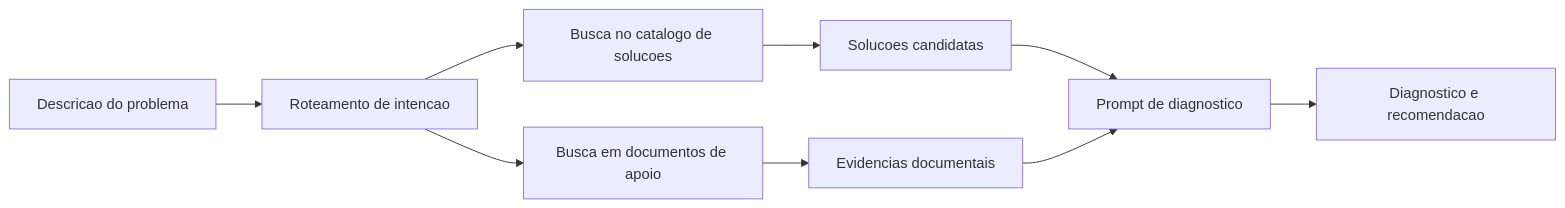
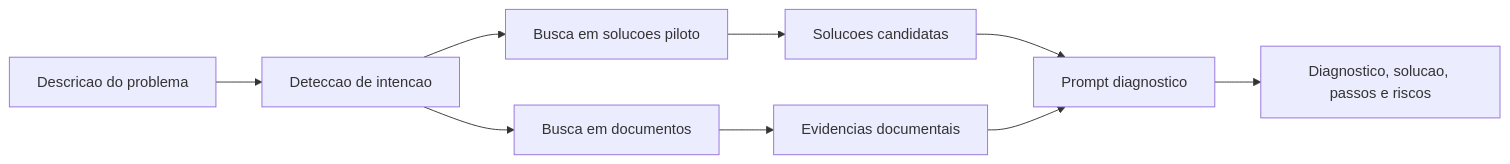
One commit to Roger-Quinelato/BBSIA changed the second of 2 diagrams in README.md. Above: the diagram before and after it, drawn with Mermaid. The commit also changed other lines of this file and 4 other files, not shown here.

````diff
--- a/README.md
+++ b/README.md
@@ -58,11 +51,11 @@
 ```mermaid
 flowchart LR
-    A[Descricao do problema] --> B[Roteamento de intencao]
-    B --> C[Busca no catalogo de solucoes]
-    B --> D[Busca em documentos de apoio]
+    A[Descricao do problema] --> B[Deteccao de intencao]
+    B --> C[Busca em solucoes piloto]
+    B --> D[Busca em documentos]
     C --> E[Solucoes candidatas]
     D --> F[Evidencias documentais]
-    E --> G[Prompt de diagnostico]
+    E --> G[Prompt diagnostico]
     F --> G
-    G --> H[Diagnostico e recomendacao]
+    G --> H[Diagnostico, solucao, passos e riscos]
 ```
````
